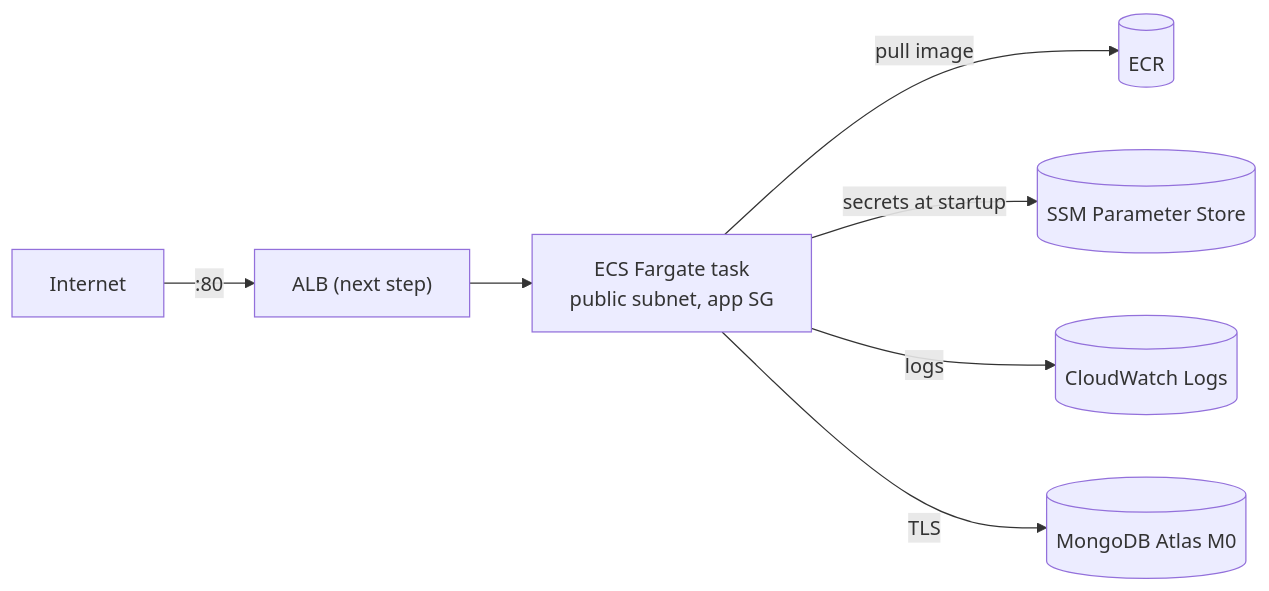
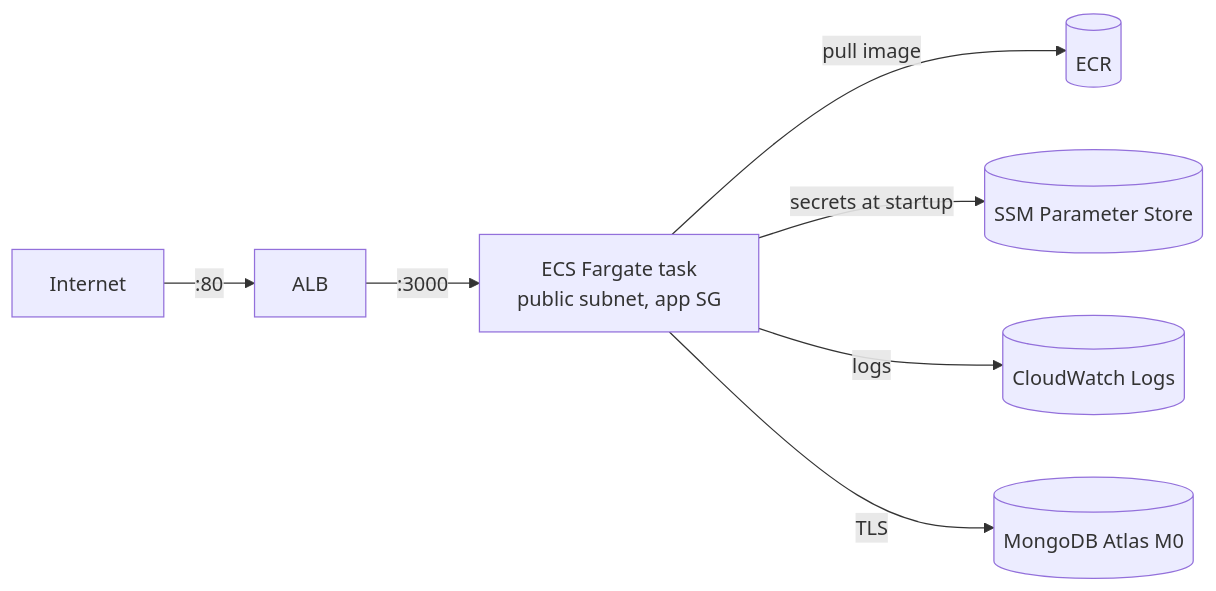
The diagram in docs/phase-3-infrastructure.md (keshawndev/code-fast-saas), drawn with Mermaid before and after one commit. The commit also changed other lines of this file, not shown here.

````diff
--- a/docs/phase-3-infrastructure.md
+++ b/docs/phase-3-infrastructure.md
@@ -15,9 +15,9 @@
 ```mermaid
 flowchart LR
-    U[Internet] -->|":80"| ALB["ALB (next step)"]
-    ALB --> T["ECS Fargate task<br/>public subnet, app SG"]
+    U[Internet] -->|":80"| ALB[ALB]
+    ALB -->|":3000"| T["ECS Fargate task<br/>public subnet, app SG"]
     T -->|pull image| ECR[(ECR)]
     T -->|secrets at startup| SSM[(SSM Parameter Store)]
     T -->|logs| CW[(CloudWatch Logs)]
     T -->|TLS| DB[(MongoDB Atlas M0)]
 ```
````
